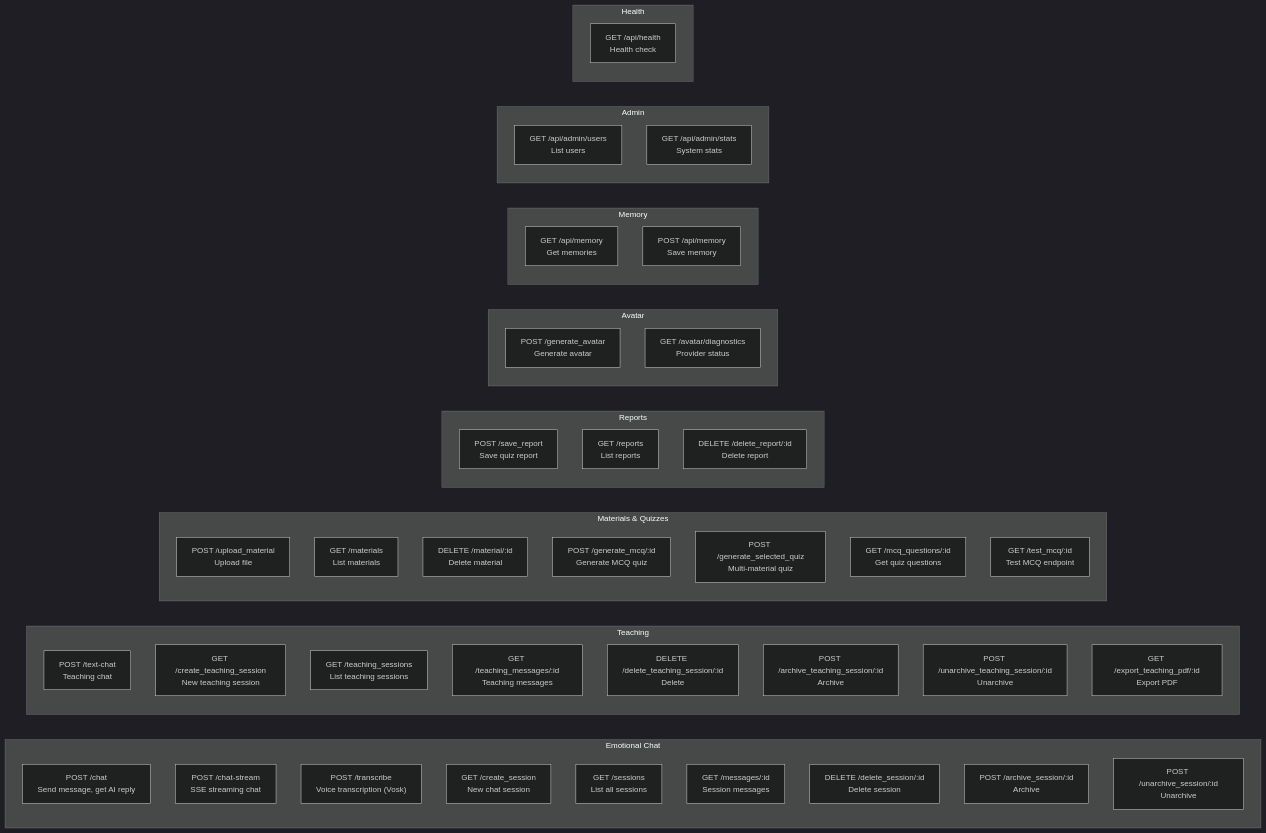
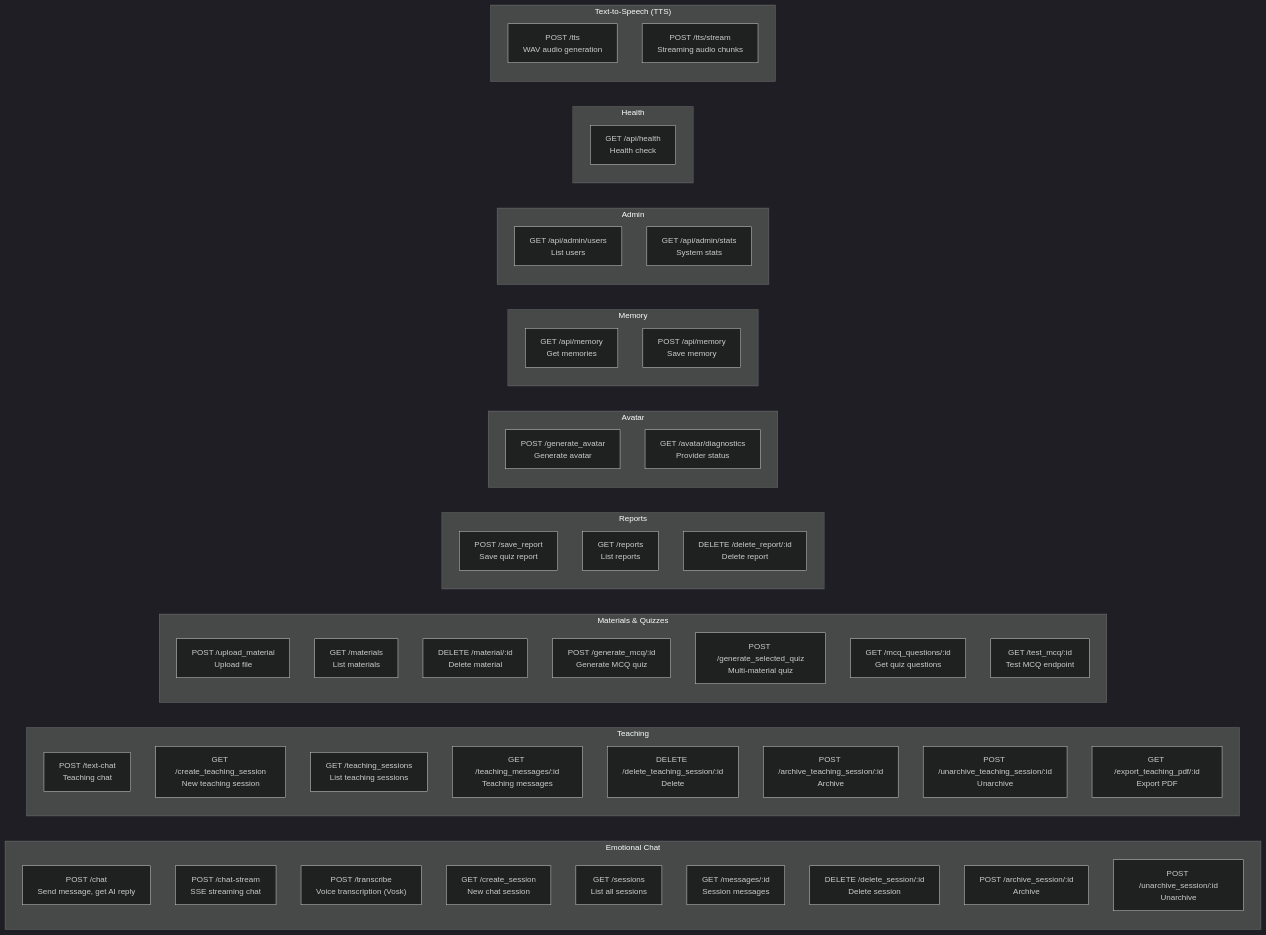
One commit to t3729010-del/falcon_ai changed the first of 3 diagrams in maps/map.md. Above: the diagram before and after it, drawn with Mermaid (dark theme). The commit also changed other lines of this file and 1 other file, not shown here.

````diff
--- a/maps/map.md
+++ b/maps/map.md
@@ -58,60 +58,65 @@
 ```mermaid
 graph LR
     subgraph Chat["Emotional Chat"]
         CHAT["POST /chat<br/>Send message, get AI reply"]
         CHATSTREAM["POST /chat-stream<br/>SSE streaming chat"]
         TRANSCRIBE["POST /transcribe<br/>Voice transcription (Vosk)"]
         CS["GET /create_session<br/>New chat session"]
         SES["GET /sessions<br/>List all sessions"]
         MSG["GET /messages/:id<br/>Session messages"]
         DEL["DELETE /delete_session/:id<br/>Delete session"]
         ARC["POST /archive_session/:id<br/>Archive"]
         UARC["POST /unarchive_session/:id<br/>Unarchive"]
     end
 
     subgraph Teach["Teaching"]
         TCHAT["POST /text-chat<br/>Teaching chat"]
         TCS["GET /create_teaching_session<br/>New teaching session"]
         TSES["GET /teaching_sessions<br/>List teaching sessions"]
         TMSG["GET /teaching_messages/:id<br/>Teaching messages"]
         TDEL["DELETE /delete_teaching_session/:id<br/>Delete"]
         TARC["POST /archive_teaching_session/:id<br/>Archive"]
         TUARC["POST /unarchive_teaching_session/:id<br/>Unarchive"]
         PDF["GET /export_teaching_pdf/:id<br/>Export PDF"]
     end
 
     subgraph Mat["Materials & Quizzes"]
         UPLOAD["POST /upload_material<br/>Upload file"]
         MATS["GET /materials<br/>List materials"]
         MATDEL["DELETE /material/:id<br/>Delete material"]
         MCQ["POST /generate_mcq/:id<br/>Generate MCQ quiz"]
         MCQS["POST /generate_selected_quiz<br/>Multi-material quiz"]
         MCQGET["GET /mcq_questions/:id<br/>Get quiz questions"]
         MCQTEST["GET /test_mcq/:id<br/>Test MCQ endpoint"]
     end
 
     subgraph Rep["Reports"]
         SREP["POST /save_report<br/>Save quiz report"]
         GREP["GET /reports<br/>List reports"]
         DREP["DELETE /delete_report/:id<br/>Delete report"]
     end
 
     subgraph Avt["Avatar"]
         AVGEN["POST /generate_avatar<br/>Generate avatar"]
         AVDIAG["GET /avatar/diagnostics<br/>Provider status"]
     end
 
     subgraph Mem["Memory"]
         MGET["GET /api/memory<br/>Get memories"]
         MPOST["POST /api/memory<br/>Save memory"]
     end
 
     subgraph Adm["Admin"]
         AUSR["GET /api/admin/users<br/>List users"]
         ASTS["GET /api/admin/stats<br/>System stats"]
     end
 
     subgraph Health["Health"]
         HLTH["GET /api/health<br/>Health check"]
     end
+
+    subgraph TTS["Text-to-Speech (TTS)"]
+        TTS_ROUTE["POST /tts<br/>WAV audio generation"]
+        TTS_STRM["POST /tts/stream<br/>Streaming audio chunks"]
+    end
 ```
````
